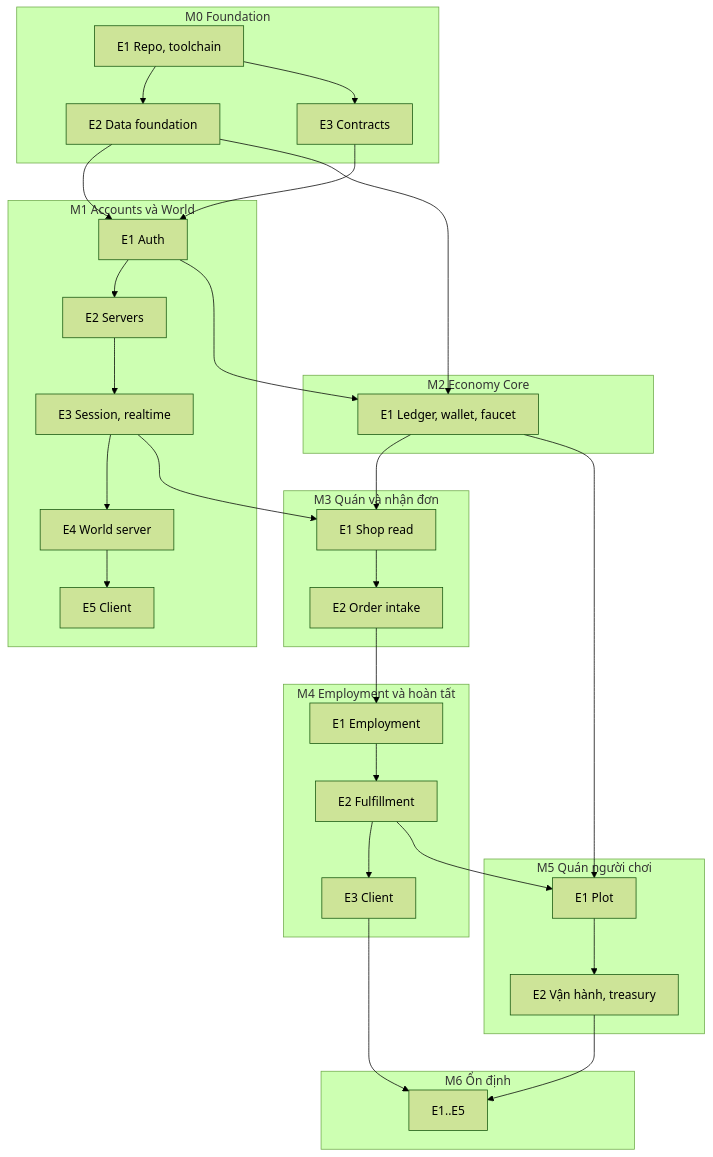
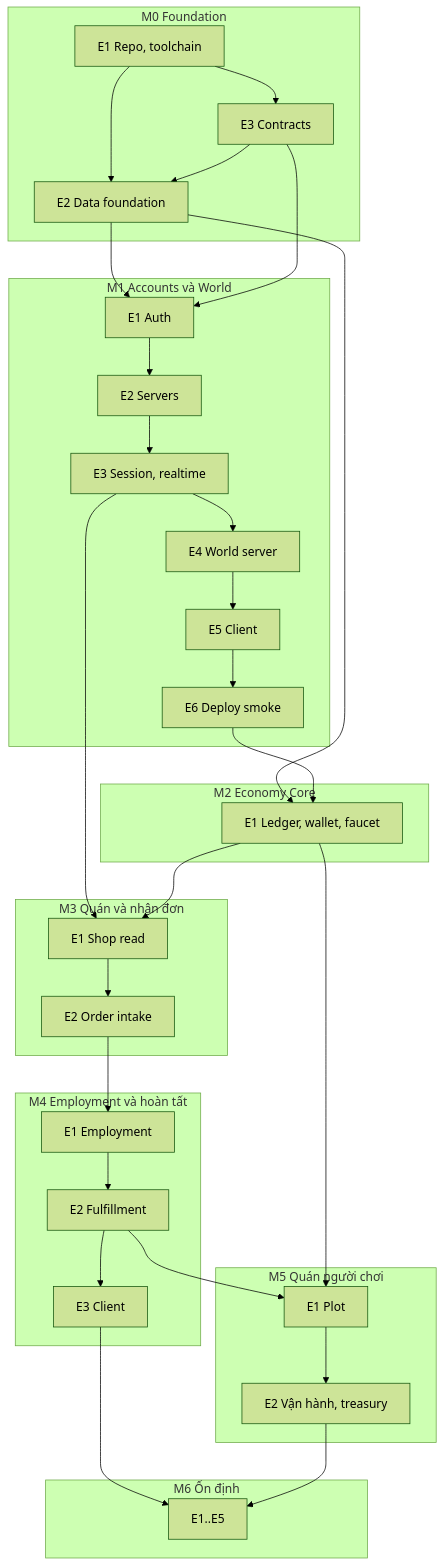
Before and after one commit to Astersa/tra-da-via-he: the sixth of 6 diagrams in TRA-DA-VIA-HE-MVP-DOCS/IMPLEMENTATION-PLAN.md, drawn with Mermaid (forest theme). The commit also changed other lines of this file, not shown here.

````diff
--- a/TRA-DA-VIA-HE-MVP-DOCS/IMPLEMENTATION-PLAN.md
+++ b/TRA-DA-VIA-HE-MVP-DOCS/IMPLEMENTATION-PLAN.md
@@ -1377,48 +1627,50 @@
 ```mermaid
 flowchart TD
   subgraph M0["M0 Foundation"]
     E01["E1 Repo, toolchain"] --> E02["E2 Data foundation"]
     E01 --> E03["E3 Contracts"]
+    E03 --> E02
   end
   subgraph M1["M1 Accounts và World"]
     E11["E1 Auth"]
     E12["E2 Servers"]
     E13["E3 Session, realtime"]
     E14["E4 World server"]
     E15["E5 Client"]
+    E16["E6 Deploy smoke"]
   end
   subgraph M2["M2 Economy Core"]
     E21["E1 Ledger, wallet, faucet"]
   end
   subgraph M3["M3 Quán và nhận đơn"]
     E31["E1 Shop read"]
     E32["E2 Order intake"]
   end
   subgraph M4["M4 Employment và hoàn tất"]
     E41["E1 Employment"]
     E42["E2 Fulfillment"]
     E43["E3 Client"]
   end
   subgraph M5["M5 Quán người chơi"]
     E51["E1 Plot"]
     E52["E2 Vận hành, treasury"]
   end
   subgraph M6["M6 Ổn định"]
     E6["E1..E5"]
   end
   E02 --> E11
   E03 --> E11
   E02 --> E21
-  E11 --> E12 --> E13 --> E14 --> E15
-  E11 --> E21
+  E11 --> E12 --> E13 --> E14 --> E15 --> E16
+  E16 --> E21
   E13 --> E31
   E21 --> E31
   E31 --> E32
   E32 --> E41
   E41 --> E42 --> E43
   E21 --> E51
   E42 --> E51
   E51 --> E52
   E43 --> E6
   E52 --> E6
 ```
````
